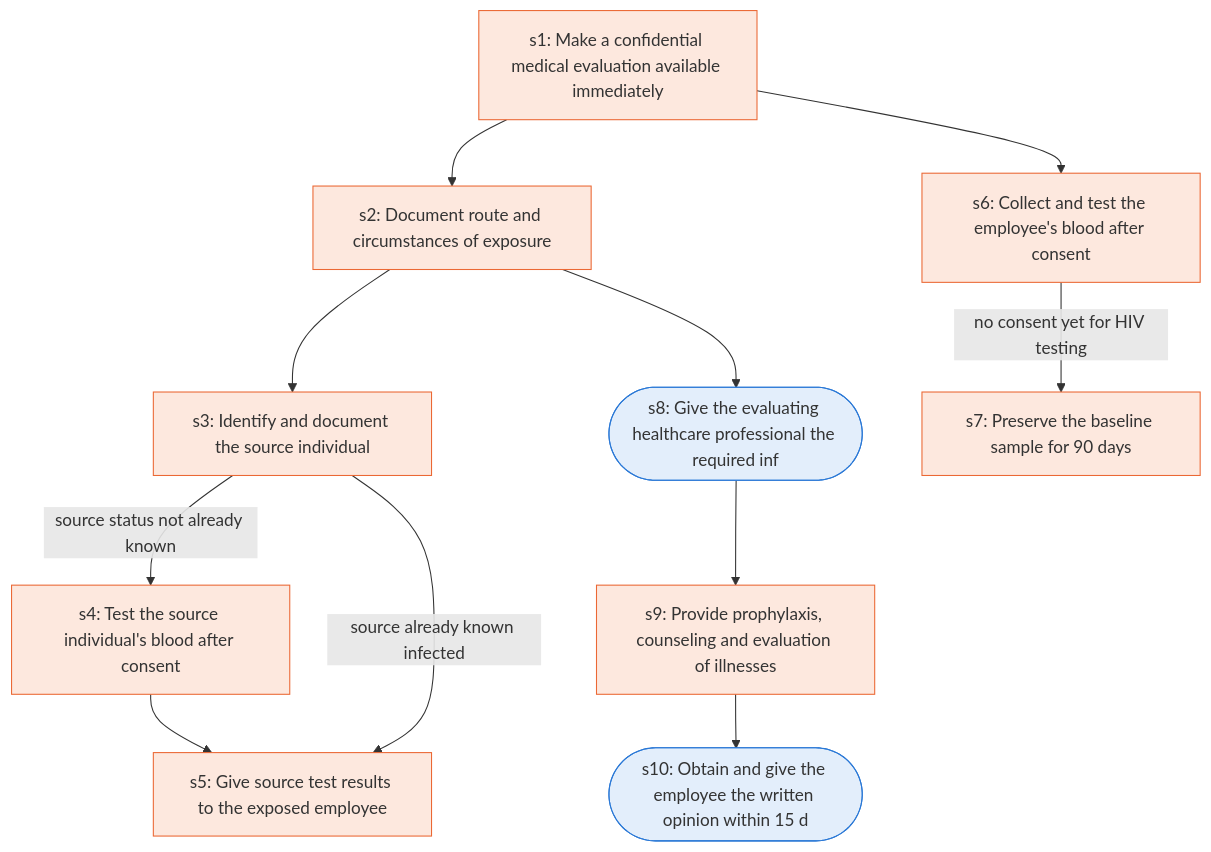
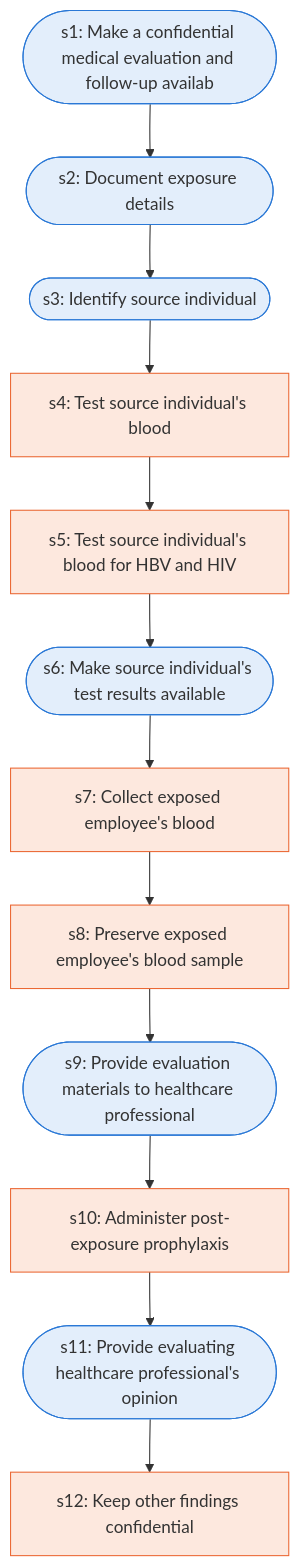
One commit to Jitesh-Mishra/sop-to-agent-workflows changed the diagram in docs/runbooks/osha_bbp_post_exposure.md. Above: the diagram before and after it, drawn with Mermaid. The commit also changed other lines of this file and 172 other files, not shown here.

First line of the commit message:
Test results (3B v3, run once), opportunity reports (LLM and gold), runbooks from compiled specs, README, probe prep, evidence manifest

````diff
--- a/docs/runbooks/osha_bbp_post_exposure.md
+++ b/docs/runbooks/osha_bbp_post_exposure.md
@@ -7,27 +7,30 @@
 ```mermaid
 flowchart TD
-  s1["s1: Make a confidential medical evaluation available immediately"]
-  s2["s2: Document route and circumstances of exposure"]
-  s3["s3: Identify and document the source individual"]
-  s4["s4: Test the source individual's blood after consent"]
-  s5["s5: Give source test results to the exposed employee"]
-  s6["s6: Collect and test the employee's blood after consent"]
-  s7["s7: Preserve the baseline sample for 90 days"]
-  s8(["s8: Give the evaluating healthcare professional the required inf"])
-  s9["s9: Provide prophylaxis, counseling and evaluation of illnesses"]
-  s10(["s10: Obtain and give the employee the written opinion within 15 d"])
+  s1(["s1: Make a confidential medical evaluation and follow-up availab"])
+  s2(["s2: Document exposure details"])
+  s3(["s3: Identify source individual"])
+  s4["s4: Test source individual's blood"]
+  s5["s5: Test source individual's blood for HBV and HIV"]
+  s6(["s6: Make source individual's test results available"])
+  s7["s7: Collect exposed employee's blood"]
+  s8["s8: Preserve exposed employee's blood sample"]
+  s9(["s9: Provide evaluation materials to healthcare professional"])
+  s10["s10: Administer post-exposure prophylaxis"]
+  s11(["s11: Provide evaluating healthcare professional's opinion"])
+  s12["s12: Keep other findings confidential"]
   s1 --> s2
   s2 --> s3
-  s3 -->|source status not already known| s4
-  s3 -->|source already known infected| s5
+  s3 --> s4
   s4 --> s5
-  s1 --> s6
-  s6 -->|no consent yet for HIV testing| s7
-  s2 --> s8
+  s5 --> s6
+  s6 --> s7
+  s7 --> s8
   s8 --> s9
   s9 --> s10
+  s10 --> s11
+  s11 --> s12
   classDef agent fill:#e3eefb,stroke:#2a78d6
   classDef human fill:#fde8de,stroke:#eb6834
-  class s8,s10 agent
-  class s1,s2,s3,s4,s5,s6,s7,s9 human
+  class s1,s2,s3,s6,s9,s11 agent
+  class s4,s5,s7,s8,s10,s12 human
 ```
````
